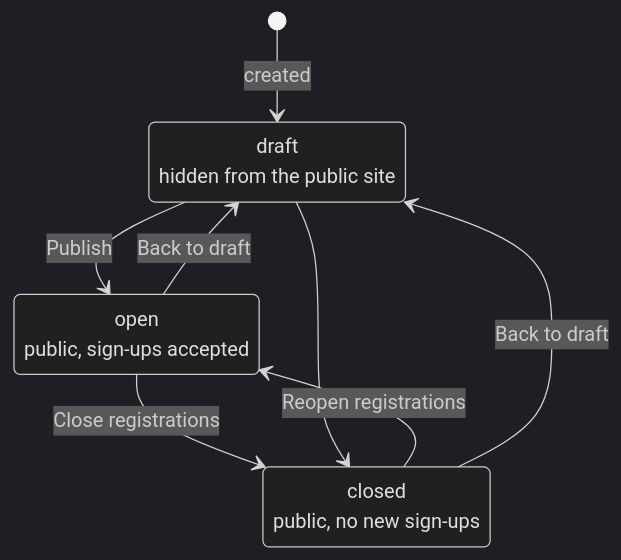
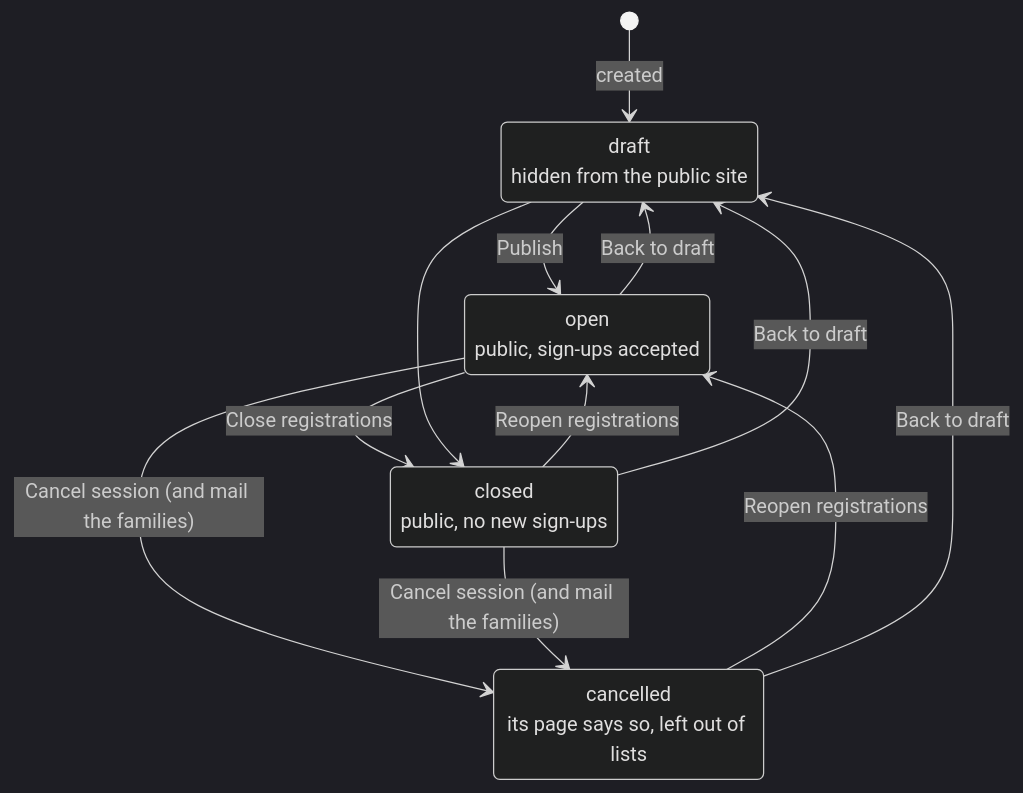
One commit to DoublG/coderdojo-event-registration changed the seventh of 23 diagrams in DATA_MODEL.md. Above: the diagram before and after it, drawn with Mermaid (dark theme). The commit also changed other lines of this file and 47 other files, not shown here.

First line of the commit message:
Sessions: a cancelled status, with a mail to the families (§31 phase 4)

````diff
--- a/DATA_MODEL.md
+++ b/DATA_MODEL.md
@@ -436,14 +439,20 @@
 ```mermaid
 stateDiagram-v2
     [*] --> draft : created
     draft --> open : Publish
     open --> closed : Close registrations
     closed --> open : Reopen registrations
     open --> draft : Back to draft
     closed --> draft : Back to draft
     draft --> closed
+    open --> cancelled : Cancel session (and mail the families)
+    closed --> cancelled : Cancel session (and mail the families)
+    cancelled --> open : Reopen registrations
+    cancelled --> draft : Back to draft
 
     draft : draft<br/>hidden from the public site
     open : open<br/>public, sign-ups accepted
     closed : closed<br/>public, no new sign-ups
+    cancelled : cancelled<br/>its page says so, left out of lists
+
 ```
````
